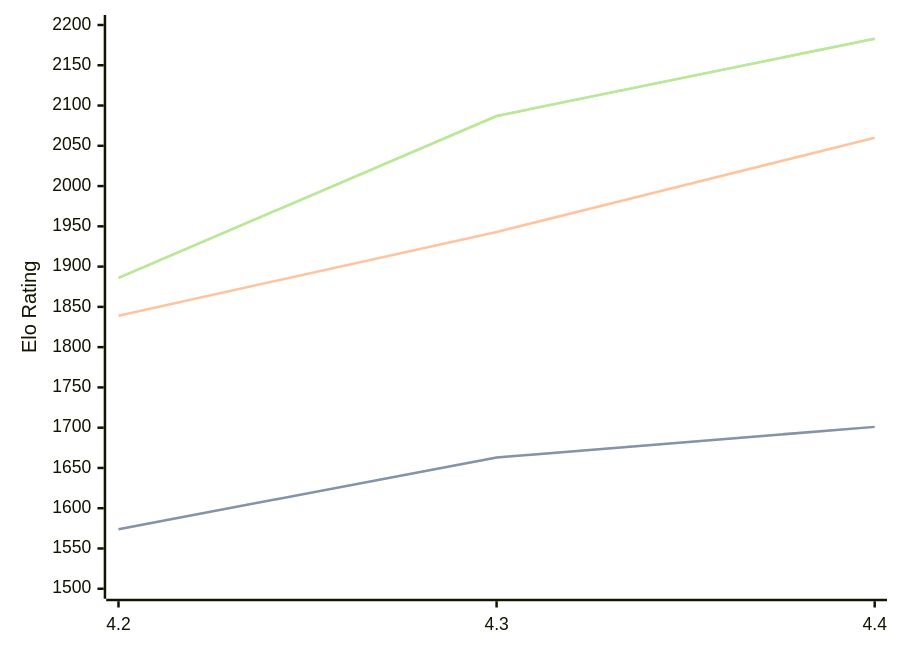
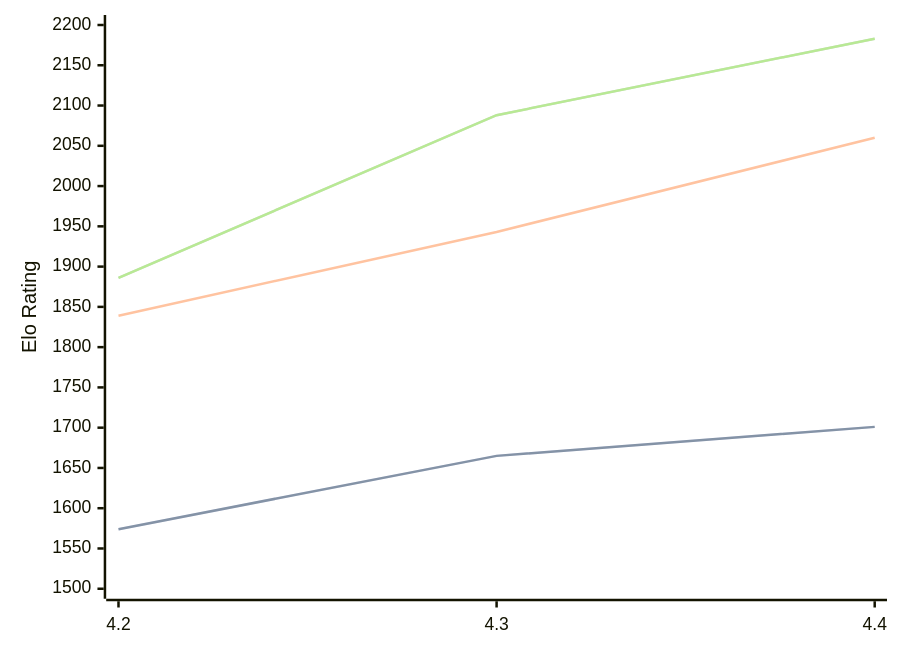
One commit to computer-chess-index/cci changed the diagram in engines/Radiance.md. Above: the diagram before and after it, drawn with Mermaid. The commit also changed other lines of this file, not shown here.

Commit message:
Update CCI Ratings (ELO VLTC) - 2026-07-30

````diff
--- a/engines/Radiance.md
+++ b/engines/Radiance.md
@@ -36,11 +36,11 @@
 ```mermaid
 %%{init: {"theme":"base","themeVariables":{"seriesColors:['#a3a3a3','#222221','#faa371']}}}%%
 xychart-beta
   x-axis ["4.2", "4.3", "4.4"]
   y-axis "Elo Rating" 1500 --> 2200
-  line "STC (8.0+0.08s)" [1574, 1663, 1701]
-  line "STC (8.0+0.08s)" [1574, 1663, 1701]
+  line "STC (8.0+0.08s)" [1574, 1665, 1701]
+  line "STC (8.0+0.08s)" [1574, 1665, 1701]
   line "LTC (60.0+0.60s)" [1839, 1943, 2060]
-  line "VLTC (2m24s+1.12s)" [1886, 2087, 2183]
-  line "VLTC (2m24s+1.12s)" [1886, 2087, 2183]
+  line "VLTC (2m24s+1.12s)" [1886, 2088, 2183]
+  line "VLTC (2m24s+1.12s)" [1886, 2088, 2183]
 ```
````
